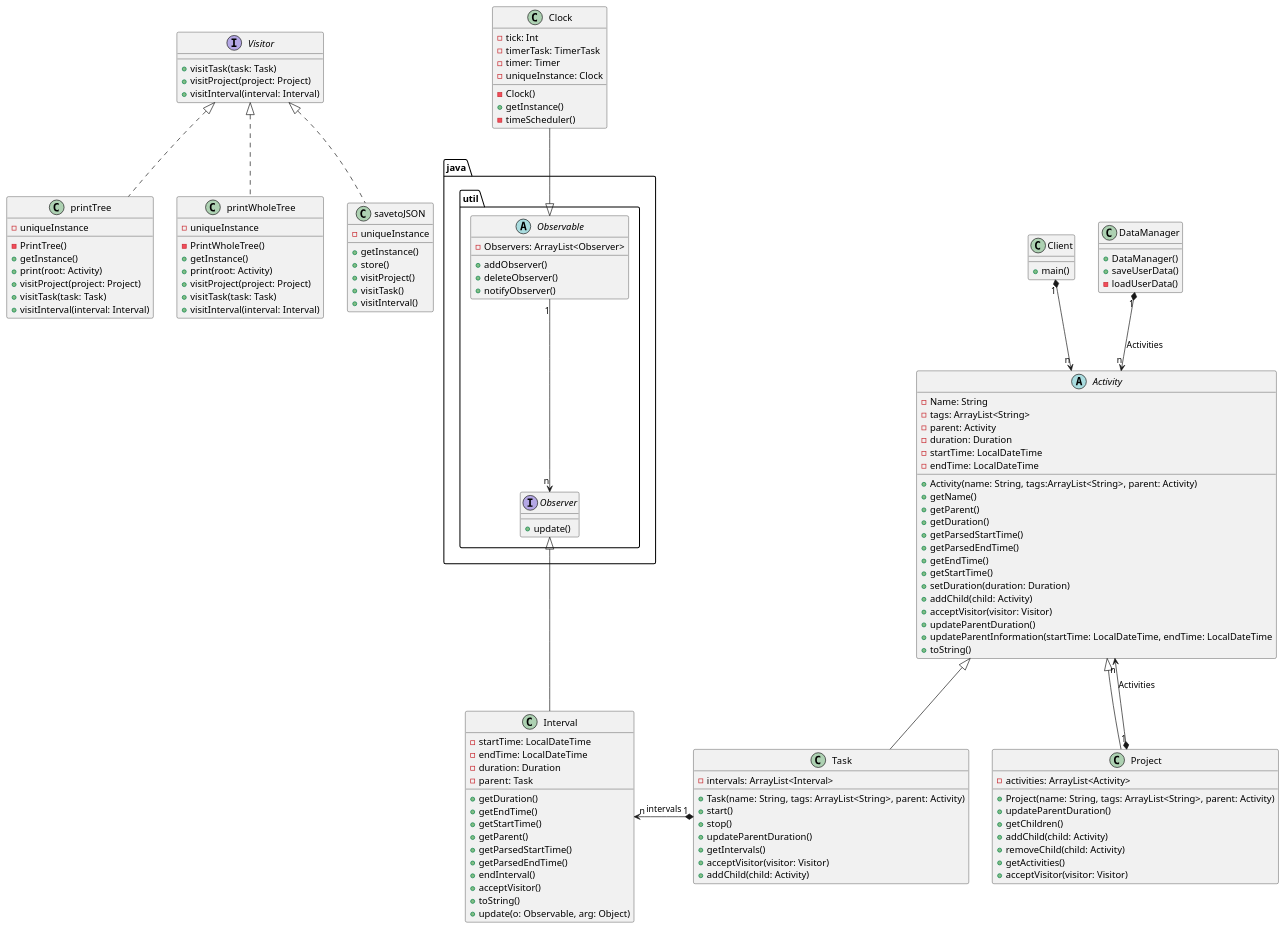
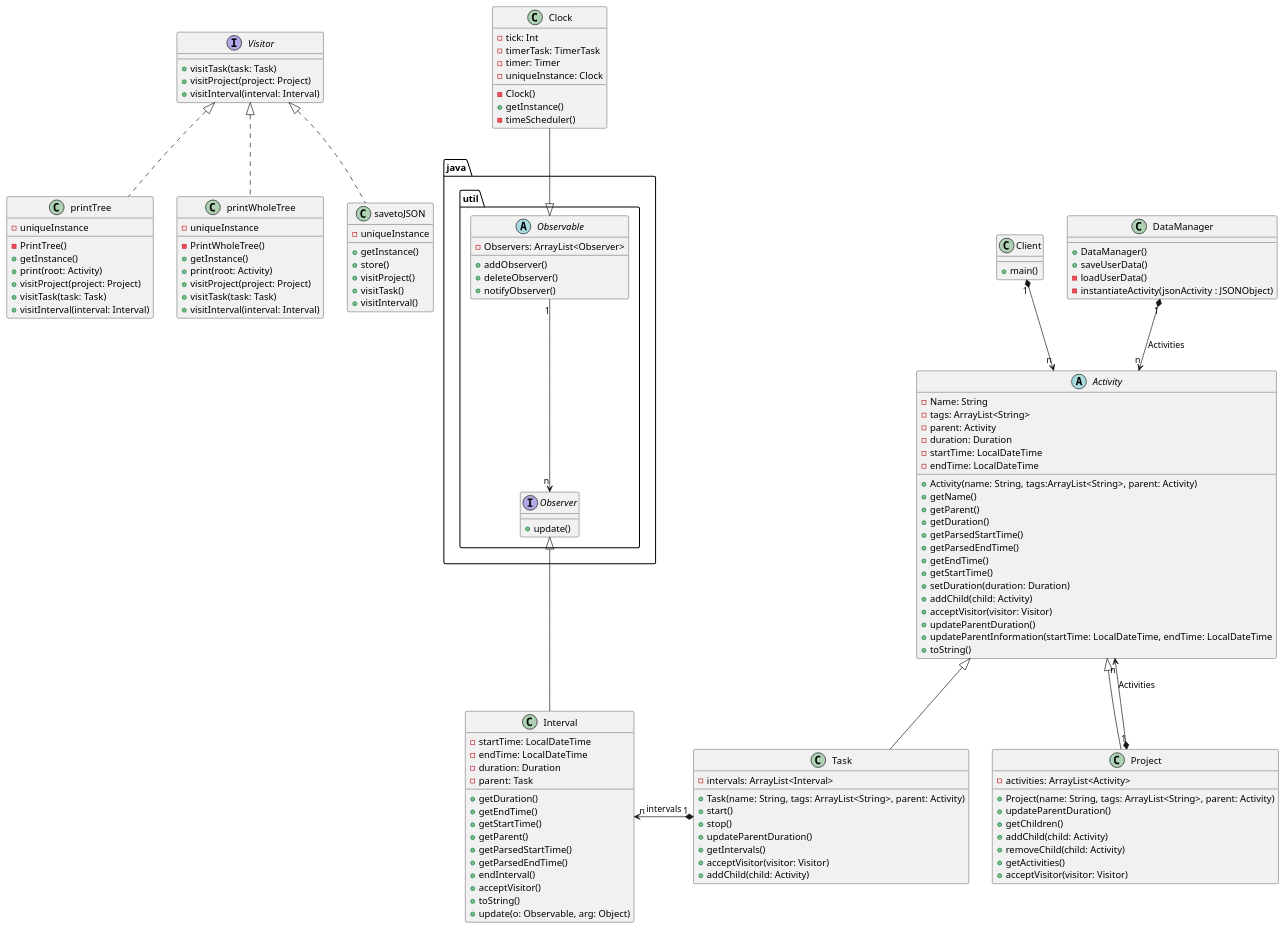
The diagram in Time_Tracker/DSTimeTracker.puml (quimcamprubi/DS_Time_Tracker), drawn with PlantUML before and after one commit.

Commit message:
Definitive uml

```diff
--- a/Time_Tracker/DSTimeTracker.puml
+++ b/Time_Tracker/DSTimeTracker.puml
@@ -1,147 +1,148 @@
 @startuml 
 
 
 abstract class Activity {
 - Name: String
 - tags: ArrayList<String>
 - parent: Activity
 - duration: Duration
 - startTime: LocalDateTime
 - endTime: LocalDateTime
 + Activity(name: String, tags:ArrayList<String>, parent: Activity)
 + getName()
 + getParent()
 + getDuration()
 + getParsedStartTime()
 + getParsedEndTime()
 + getEndTime()
 + getStartTime()
 + setDuration(duration: Duration)
 + addChild(child: Activity)
 + acceptVisitor(visitor: Visitor)
 + updateParentDuration()
 + updateParentInformation(startTime: LocalDateTime, endTime: LocalDateTime
 + toString()
 }
 
 class Project extends Activity {
 - activities: ArrayList<Activity>
 + Project(name: String, tags: ArrayList<String>, parent: Activity)
 + updateParentDuration()
 + getChildren()
 + addChild(child: Activity)
 + removeChild(child: Activity)
 + getActivities()
 + acceptVisitor(visitor: Visitor)
 }
 
 class Task extends Activity {
 - intervals: ArrayList<Interval>
 + Task(name: String, tags: ArrayList<String>, parent: Activity)
 + start()
 + stop()
 + updateParentDuration()
 + getIntervals()
 + acceptVisitor(visitor: Visitor)
 + addChild(child: Activity)
 }
 
 Interface Visitor{
 + visitTask(task: Task)
 + visitProject(project: Project)
 + visitInterval(interval: Interval)
 }
 
 class printTree {
 - uniqueInstance
 - PrintTree()
 + getInstance()
 + print(root: Activity)
 + visitProject(project: Project)
 + visitTask(task: Task)
 + visitInterval(interval: Interval)
 }
 
 class printWholeTree {
 - uniqueInstance
 - PrintWholeTree()
 + getInstance()
 + print(root: Activity)
 + visitProject(project: Project)
 + visitTask(task: Task)
 + visitInterval(interval: Interval)
 }
 
 class savetoJSON {
 - uniqueInstance
 + getInstance()
 + store()
 + visitProject()
 + visitTask()
 + visitInterval()
 }
 
 
 class Interval{
 - startTime: LocalDateTime
 - endTime: LocalDateTime
 - duration: Duration
 - parent: Task
 + getDuration()
 + getEndTime()
 + getStartTime()
 + getParent()
 + getParsedStartTime()
 + getParsedEndTime()
 + endInterval()
 + acceptVisitor()
 + toString()
 + update(o: Observable, arg: Object)
 }
 
 package java.util <<Folder>> {
     Interface Observer{
     + update()
     }
 
     abstract class Observable {
     - Observers: ArrayList<Observer>
     + addObserver()
     + deleteObserver()
     + notifyObserver()
     }
 }
 
 class Clock {
 - tick: Int
 - timerTask: TimerTask
 - timer: Timer
 - uniqueInstance: Clock
 - Clock()
 + getInstance()
 - timeScheduler()
 }
 
 class Client {
 + main()
 }
 
 class DataManager {
 + DataManager()
 + saveUserData()
 - loadUserData()
+- instantiateActivity(jsonActivity : JSONObject)
 }
 
 DataManager "1" *-down-> "n" Activity: Activities
 Project "1" *-up-> "n" Activity: Activities
 Client "1" *-down-> "n" Activity
 Task "1" *-left-> "n" Interval: intervals
 Clock -down-|> Observable
 Observable "1" -Down-> "n" Observer
 Interval -up-|> Observer
 Task -[hidden]right-> Project
 printTree .up.|> Visitor
 printWholeTree .up.|> Visitor
 savetoJSON .up.|> Visitor
 
 @enduml
```
